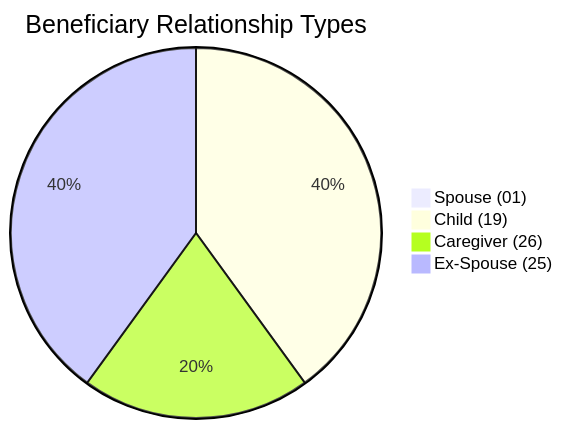
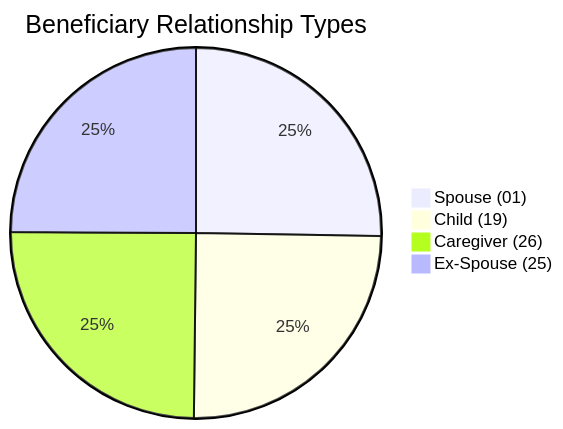
The eighth of 10 diagrams in test-tools/DataGen/src/Statistics_Visualizer.md (dhagan-va/intern-2025), drawn with Mermaid before and after one commit. The commit also changed other lines of this file and 2 other files, not shown here.

````diff
--- a/test-tools/DataGen/src/Statistics_Visualizer.md
+++ b/test-tools/DataGen/src/Statistics_Visualizer.md
@@ -85,7 +85,7 @@
 ```mermaid
 pie title Beneficiary Relationship Types
-    "Spouse (01)" : 0
-    "Child (19)" : 2
-    "Caregiver (26)" : 1
-    "Ex-Spouse (25)" : 2
+    "Spouse (01)" : 11479
+    "Child (19)" : 11318
+    "Caregiver (26)" : 11311
+    "Ex-Spouse (25)" : 11320
 ```
````
